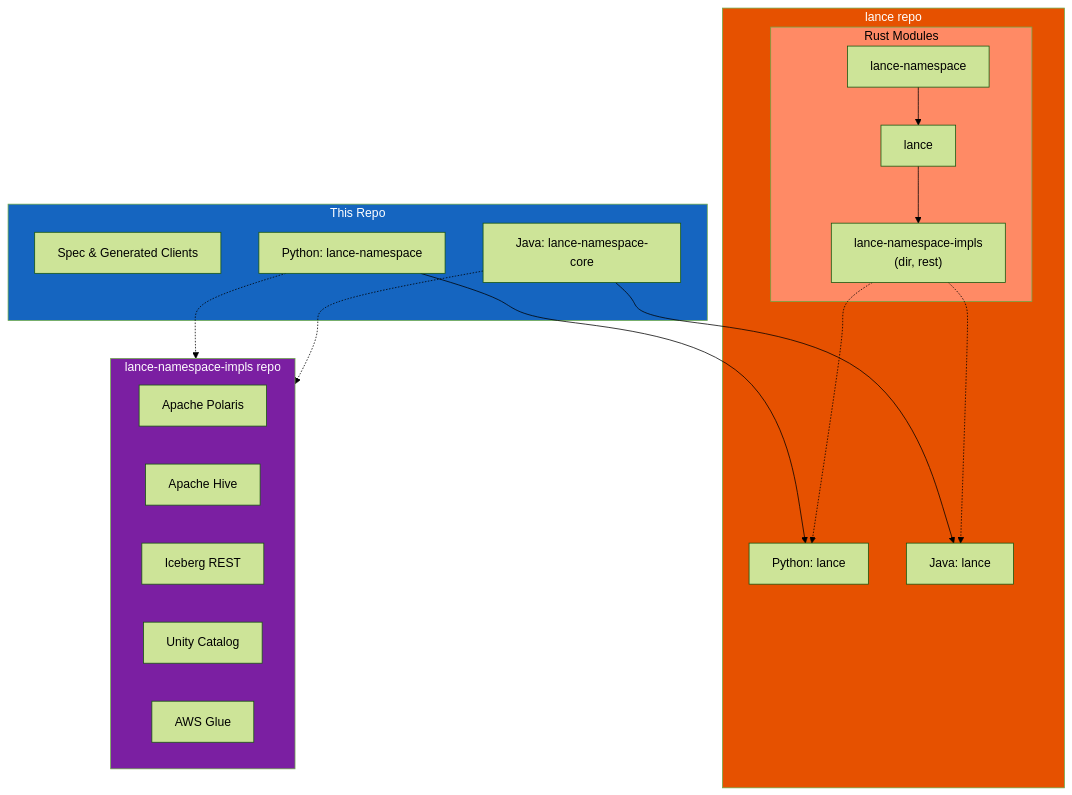
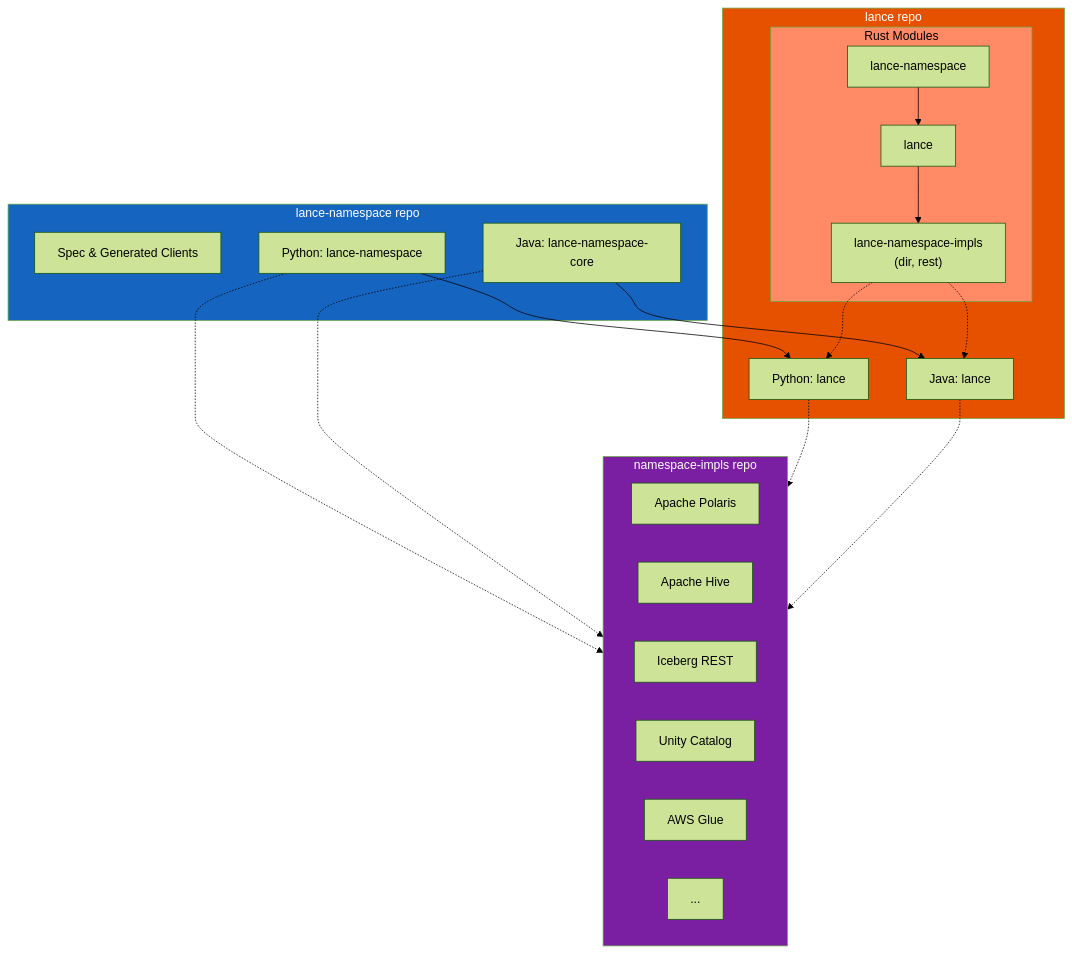
The diagram in CONTRIBUTING.md (lancedb/lance-namespace), drawn with Mermaid (forest theme) before and after one commit.

Commit message:
update more

````diff
--- a/CONTRIBUTING.md
+++ b/CONTRIBUTING.md
@@ -48,45 +48,48 @@
 ```mermaid
 flowchart TB
-    subgraph this_repo["This Repo"]
+    subgraph this_repo["lance-namespace repo"]
         spec["Spec & Generated Clients"]
         py_core["Python: lance-namespace"]
         java_core["Java: lance-namespace-core"]
     end
 
     subgraph lance_repo["lance repo"]
         subgraph rust_modules["Rust Modules"]
             rs_ns["lance-namespace"]
             rs_lance["lance"]
             rs_impls["lance-namespace-impls<br/>(dir, rest)"]
         end
         py_lance["Python: lance"]
         java_lance["Java: lance"]
     end
 
-    subgraph impls_repo["lance-namespace-impls repo"]
+    subgraph impls_repo["namespace-impls repo"]
         polaris["Apache Polaris"]
         hive["Apache Hive"]
         iceberg_rest["Iceberg REST"]
         unity["Unity Catalog"]
         glue["AWS Glue"]
+        more["..."]
     end
 
     %% Rust dependencies (source build)
     rs_ns --> rs_lance
     rs_lance --> rs_impls
 
     %% Python/Java dependencies
     py_core --> py_lance
     java_core --> java_lance
     rs_impls -.-> py_lance
     rs_impls -.-> java_lance
 
-    %% Other implementations depend on core interfaces
+    %% Other implementations depend on core interfaces and lance bindings
     py_core -.-> impls_repo
     java_core -.-> impls_repo
+    py_lance -.-> impls_repo
+    java_lance -.-> impls_repo
 
     style this_repo fill:#1565c0,color:#fff
     style lance_repo fill:#e65100,color:#fff
     style impls_repo fill:#7b1fa2,color:#fff
     style rust_modules fill:#ff8a65,color:#000
 ```
````
